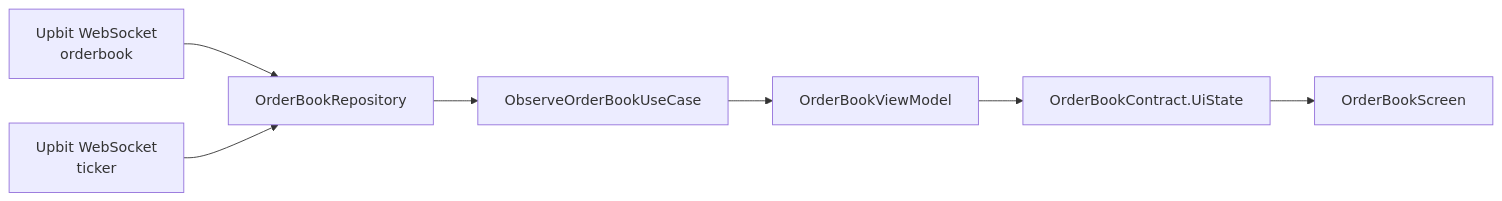
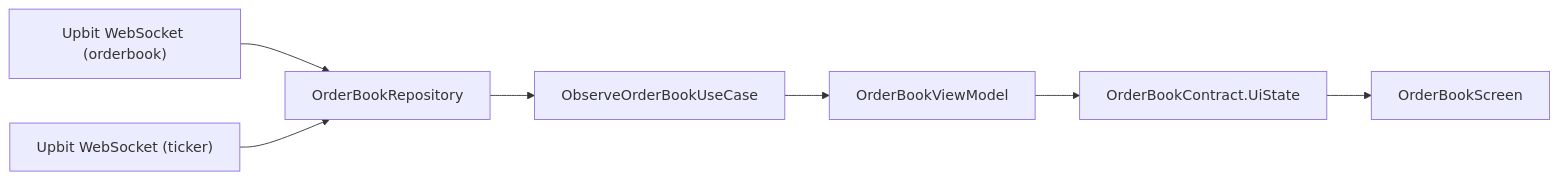
Before and after one commit to daryeou/crypto-orderbook: the second of 3 diagrams in README.md, drawn with Mermaid. The commit also changed other lines of this file and 19 other files, not shown here.

````diff
--- a/README.md
+++ b/README.md
@@ -150,9 +152,9 @@
 ```mermaid
-flowchart LR
-    A["Upbit WebSocket<br/>orderbook"] --> C["OrderBookRepository"]
-    B["Upbit WebSocket<br/>ticker"] --> C
+graph LR
+    A["Upbit WebSocket (orderbook)"] --> C["OrderBookRepository"]
+    B["Upbit WebSocket (ticker)"] --> C
     C --> D["ObserveOrderBookUseCase"]
     D --> E["OrderBookViewModel"]
     E --> F["OrderBookContract.UiState"]
     F --> G["OrderBookScreen"]
 ```
````
